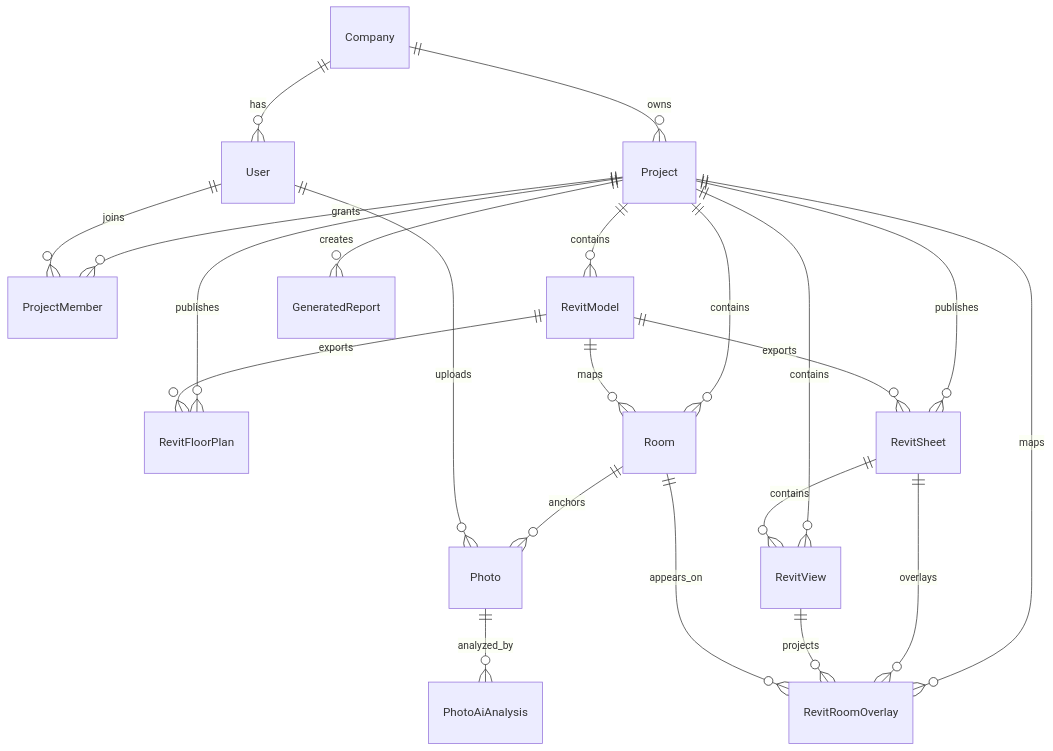
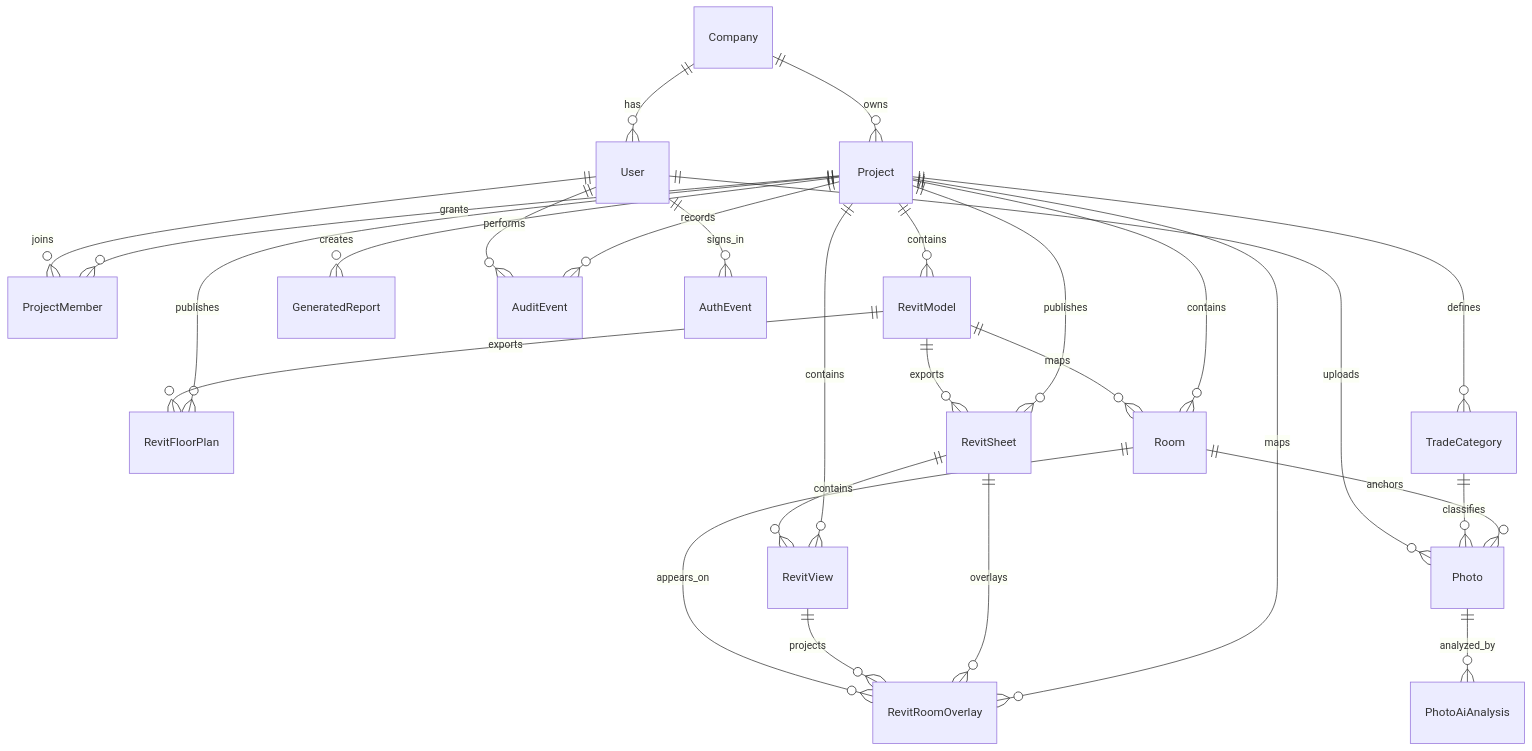
The second of 5 diagrams in README.md (KHSOL/BIMPhotoSync), drawn with Mermaid before and after one commit. The commit also changed other lines of this file and 22 other files, not shown here.

````diff
--- a/README.md
+++ b/README.md
@@ -65,24 +65,29 @@
 ```mermaid
 erDiagram
   Company ||--o{ User : has
   Company ||--o{ Project : owns
   Project ||--o{ ProjectMember : grants
   User ||--o{ ProjectMember : joins
   Project ||--o{ RevitModel : contains
   Project ||--o{ RevitFloorPlan : publishes
   Project ||--o{ RevitSheet : publishes
   Project ||--o{ RevitView : contains
   Project ||--o{ RevitRoomOverlay : maps
   Project ||--o{ Room : contains
   RevitModel ||--o{ Room : maps
   RevitModel ||--o{ RevitFloorPlan : exports
   RevitModel ||--o{ RevitSheet : exports
   RevitSheet ||--o{ RevitView : contains
   RevitSheet ||--o{ RevitRoomOverlay : overlays
   RevitView ||--o{ RevitRoomOverlay : projects
   Room ||--o{ RevitRoomOverlay : appears_on
   Room ||--o{ Photo : anchors
+  Project ||--o{ TradeCategory : defines
+  TradeCategory ||--o{ Photo : classifies
   Photo ||--o{ PhotoAiAnalysis : analyzed_by
   Project ||--o{ GeneratedReport : creates
+  Project ||--o{ AuditEvent : records
+  User ||--o{ AuditEvent : performs
+  User ||--o{ AuthEvent : signs_in
   User ||--o{ Photo : uploads
 ```
````
